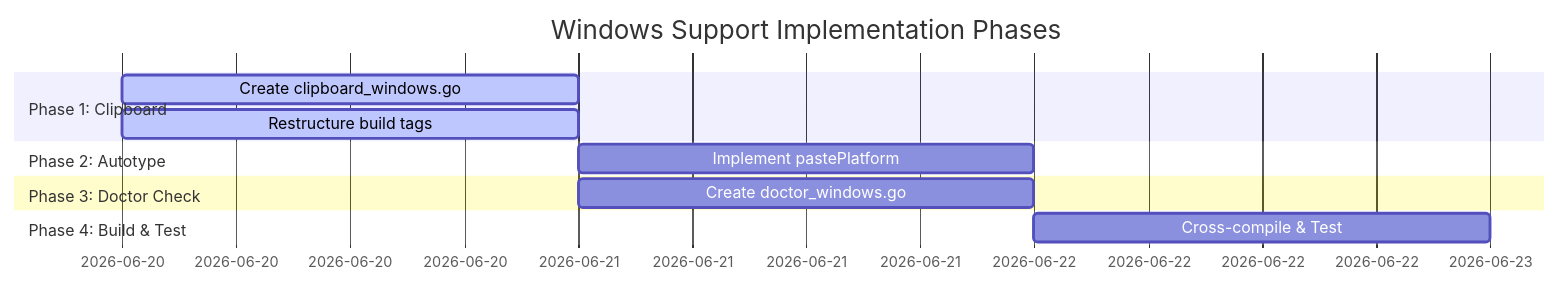
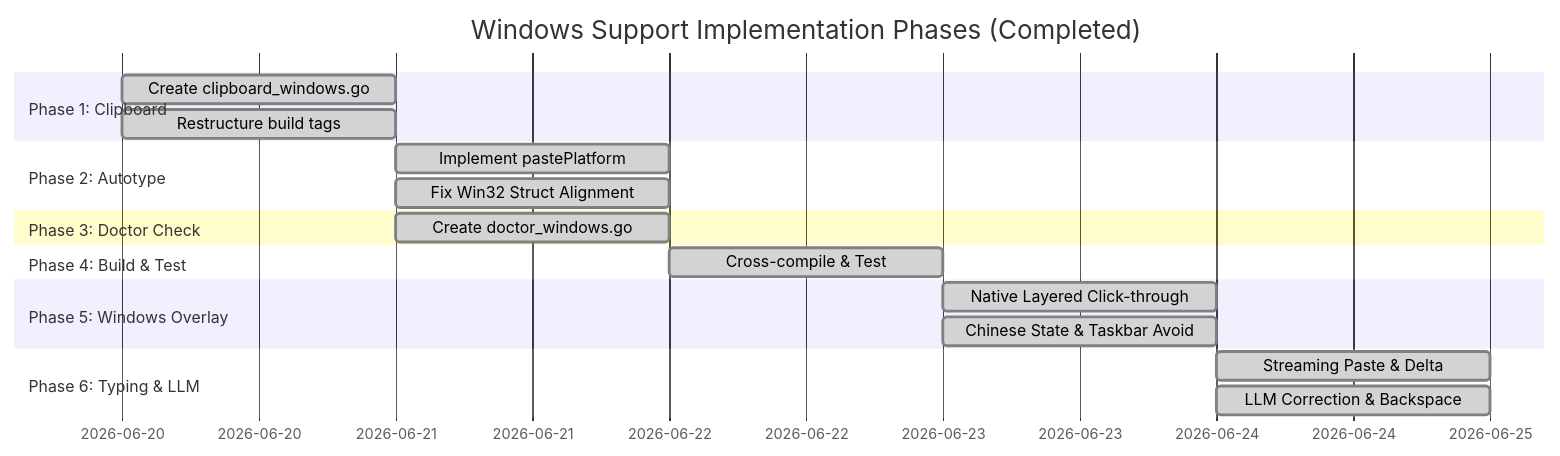
Before and after one commit to zfwei/just-talk-go: the second of 2 diagrams in docs/windows-plan.md, drawn with Mermaid. The commit also changed other lines of this file and 6 other files, not shown here.

````diff
--- a/docs/windows-plan.md
+++ b/docs/windows-plan.md
@@ -62,14 +75,21 @@
 ```mermaid
 gantt
-    title Windows Support Implementation Phases
+    title Windows Support Implementation Phases (Completed)
     dateFormat  YYYY-MM-DD
     section Phase 1: Clipboard
-    Create clipboard_windows.go    :active, 2026-06-20, 1d
-    Restructure build tags         :active, 2026-06-20, 1d
+    Create clipboard_windows.go    :done, 2026-06-20, 1d
+    Restructure build tags         :done, 2026-06-20, 1d
     section Phase 2: Autotype
-    Implement pastePlatform        :2026-06-21, 1d
+    Implement pastePlatform        :done, 2026-06-21, 1d
+    Fix Win32 Struct Alignment     :done, 2026-06-21, 1d
     section Phase 3: Doctor Check
-    Create doctor_windows.go       :2026-06-21, 1d
+    Create doctor_windows.go       :done, 2026-06-21, 1d
     section Phase 4: Build & Test
-    Cross-compile & Test           :2026-06-22, 1d
+    Cross-compile & Test           :done, 2026-06-22, 1d
+    section Phase 5: Windows Overlay
+    Native Layered Click-through   :done, 2026-06-23, 1d
+    Chinese State & Taskbar Avoid  :done, 2026-06-23, 1d
+    section Phase 6: Typing & LLM
+    Streaming Paste & Delta        :done, 2026-06-24, 1d
+    LLM Correction & Backspace     :done, 2026-06-24, 1d
 ```
````
